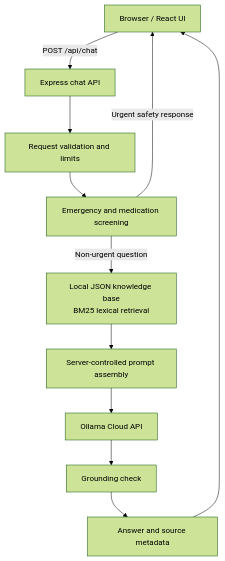
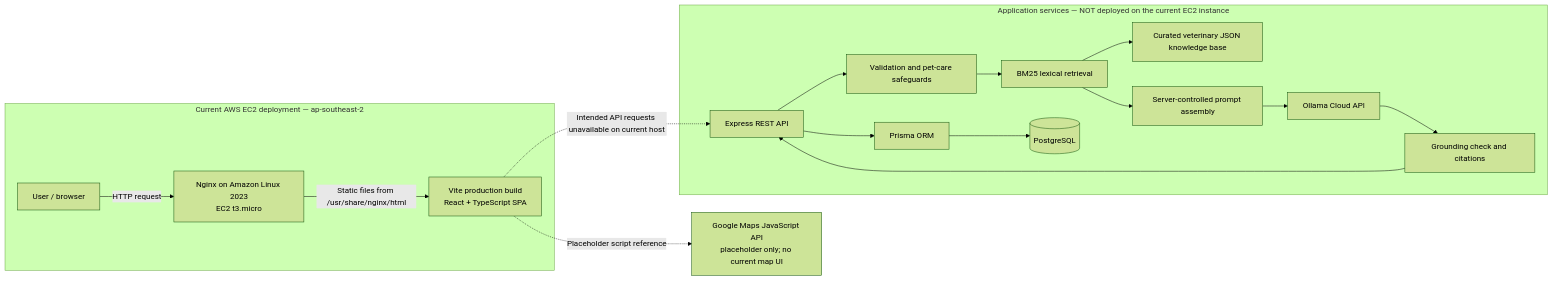
Before and after one commit to AkulSajith/PetPal: the second of 2 diagrams in README.md, drawn with Mermaid (forest theme). The commit also changed other lines of this file, not shown here.

Commit message:
docs: document PetPal architecture and AWS deployment

````diff
--- a/README.md
+++ b/README.md
@@ -91,13 +122,37 @@
 ```mermaid
-flowchart TD
-    UI[Browser / React UI] -->|POST /api/chat| API[Express chat API]
-    API --> VALIDATE[Request validation and limits]
-    VALIDATE --> SAFETY[Emergency and medication screening]
-    SAFETY -->|Urgent safety response| UI
-    SAFETY -->|Non-urgent question| RETRIEVE[Local JSON knowledge base\nBM25 lexical retrieval]
-    RETRIEVE --> PROMPT[Server-controlled prompt assembly]
-    PROMPT --> OLLAMA[Ollama Cloud API]
-    OLLAMA --> GROUND[Grounding check]
-    GROUND --> RESPONSE[Answer and source metadata]
-    RESPONSE --> UI
+flowchart LR
+    subgraph DEPLOYED["Current AWS EC2 deployment — ap-southeast-2"]
+        USER[User / browser]
+        NGINX["Nginx on Amazon Linux 2023<br/>EC2 t3.micro"]
+        STATIC["Vite production build<br/>React + TypeScript SPA"]
+        USER -->|HTTP request| NGINX
+        NGINX -->|Static files from /usr/share/nginx/html| STATIC
+    end
+
+    MAPS["Google Maps JavaScript API<br/>placeholder only; no current map UI"]
+    STATIC -. Placeholder script reference .-> MAPS
+
+    subgraph UNDEPLOYED["Application services — NOT deployed on the current EC2 instance"]
+        API[Express REST API]
+        SAFETY[Validation and pet-care safeguards]
+        RETRIEVAL[BM25 lexical retrieval]
+        KB[Curated veterinary JSON knowledge base]
+        PROMPT[Server-controlled prompt assembly]
+        OLLAMA[Ollama Cloud API]
+        GROUND[Grounding check and citations]
+        PRISMA[Prisma ORM]
+        POSTGRES[(PostgreSQL)]
+
+        API --> SAFETY
+        SAFETY --> RETRIEVAL
+        RETRIEVAL --> KB
+        RETRIEVAL --> PROMPT
+        PROMPT --> OLLAMA
+        OLLAMA --> GROUND
+        GROUND --> API
+        API --> PRISMA
+        PRISMA --> POSTGRES
+    end
+
+    STATIC -. Intended API requests unavailable on current host .-> API
 ```
````
